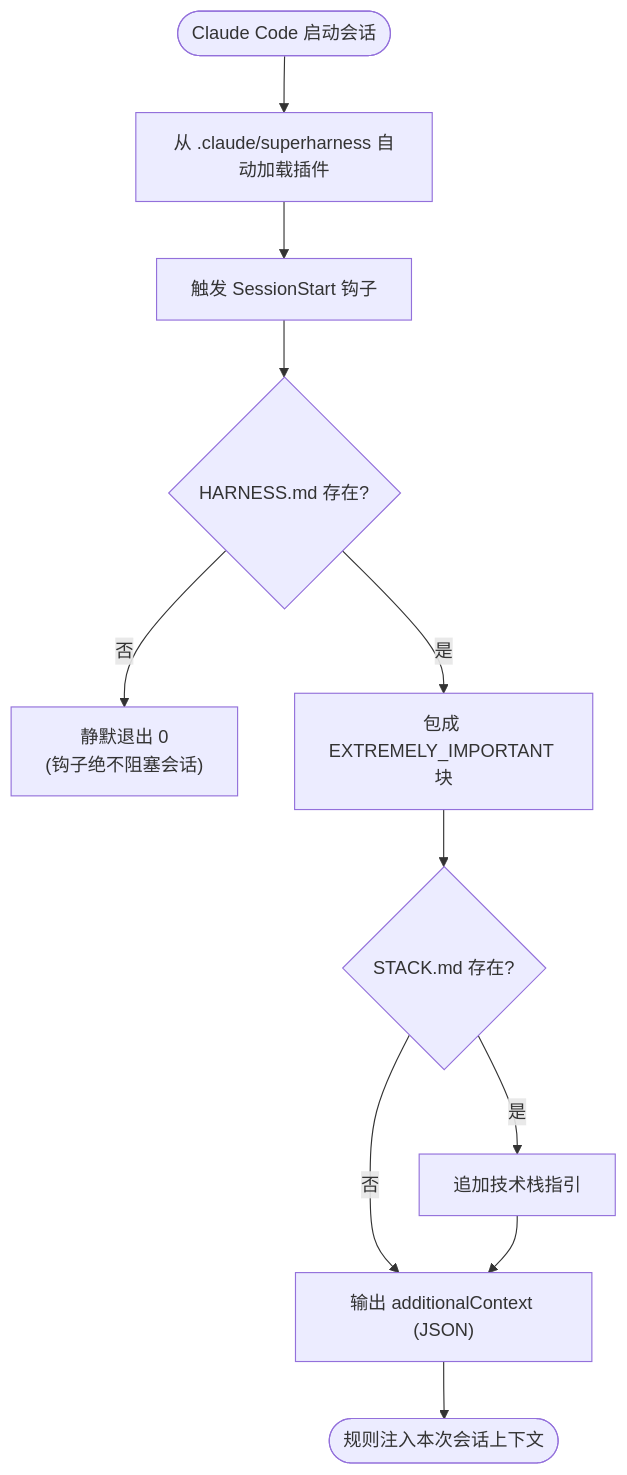
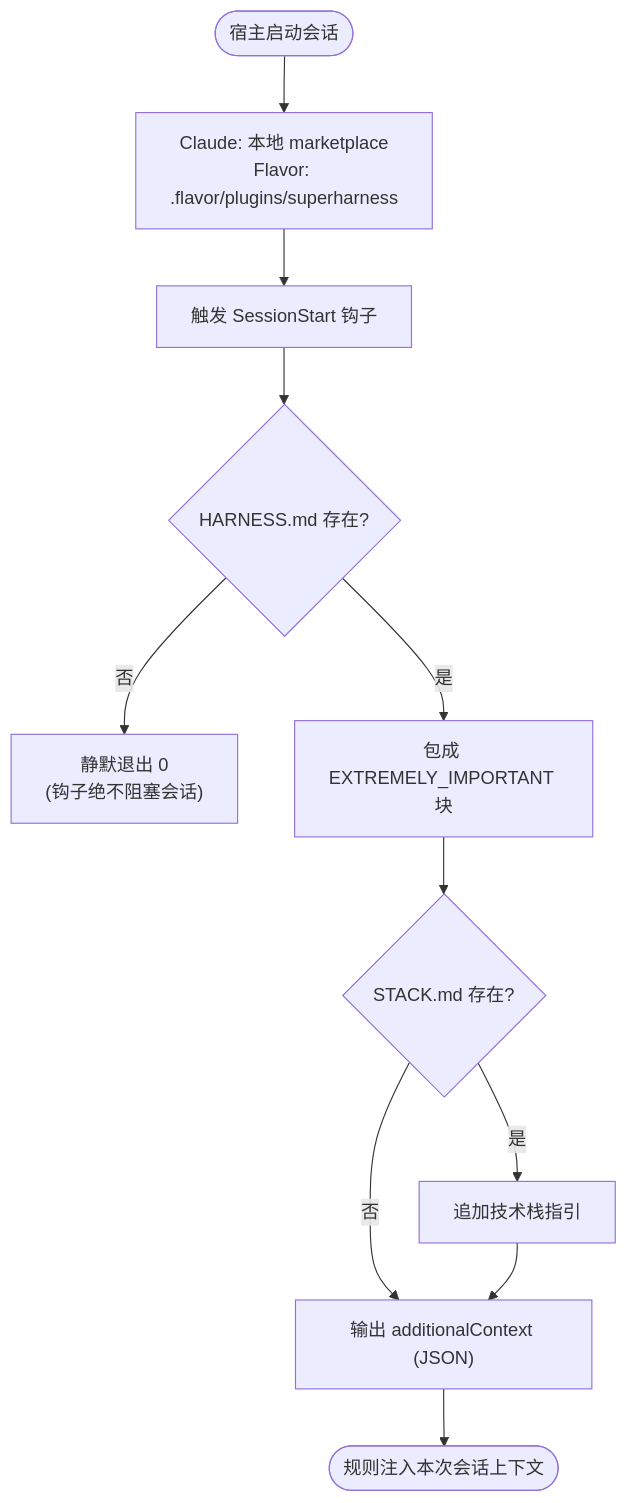
One commit to YachuanWzh/harness changed the fourth of 13 diagrams in 技术方案文档.md. Above: the diagram before and after it, drawn with Mermaid. The commit also changed other lines of this file and 11 other files, not shown here.

````diff
--- a/技术方案文档.md
+++ b/技术方案文档.md
@@ -117,13 +120,13 @@
 ```mermaid
 flowchart TD
-    OPEN([Claude Code 启动会话]) --> LOAD["从 .claude/superharness 自动加载插件"]
+    OPEN([宿主启动会话]) --> LOAD["Claude: 本地 marketplace<br/>Flavor: .flavor/plugins/superharness"]
     LOAD --> HOOK["触发 SessionStart 钩子"]
     HOOK --> READ{HARNESS.md 存在?}
     READ -->|否| EXIT0["静默退出 0<br/>(钩子绝不阻塞会话)"]
     READ -->|是| WRAP["包成 EXTREMELY_IMPORTANT 块"]
     WRAP --> STACKQ{STACK.md 存在?}
     STACKQ -->|是| APPEND["追加技术栈指引"]
     STACKQ -->|否| OUT
     APPEND --> OUT["输出 additionalContext (JSON)"]
     OUT --> INJECT([规则注入本次会话上下文])
 ```
````
